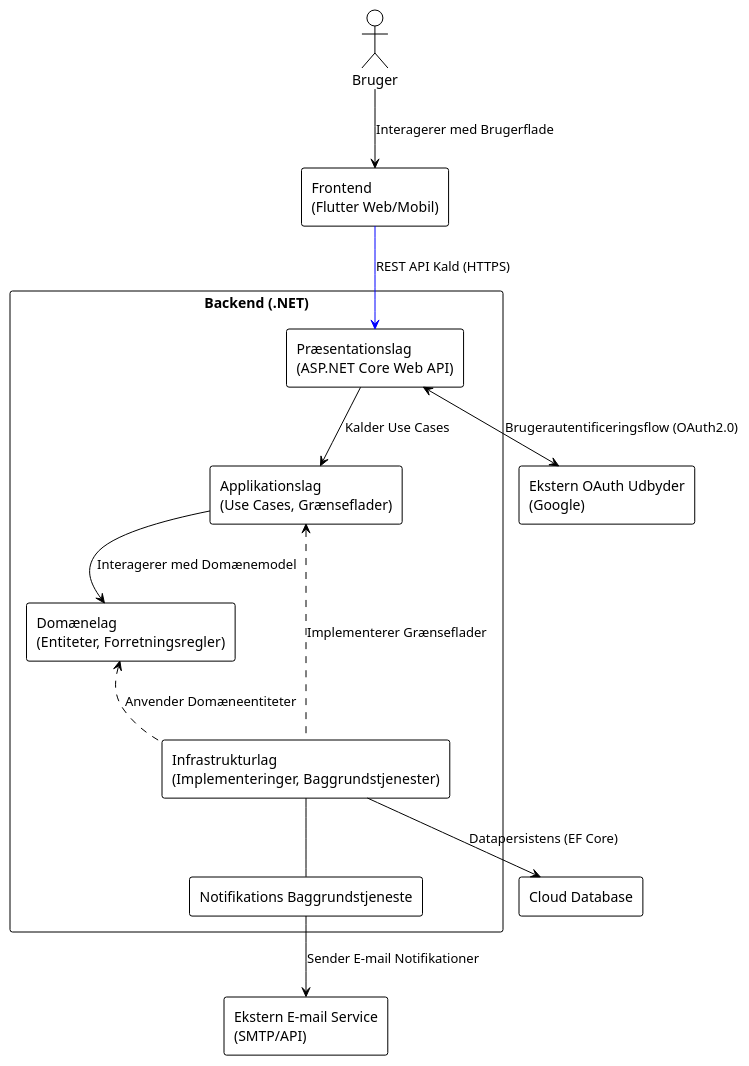
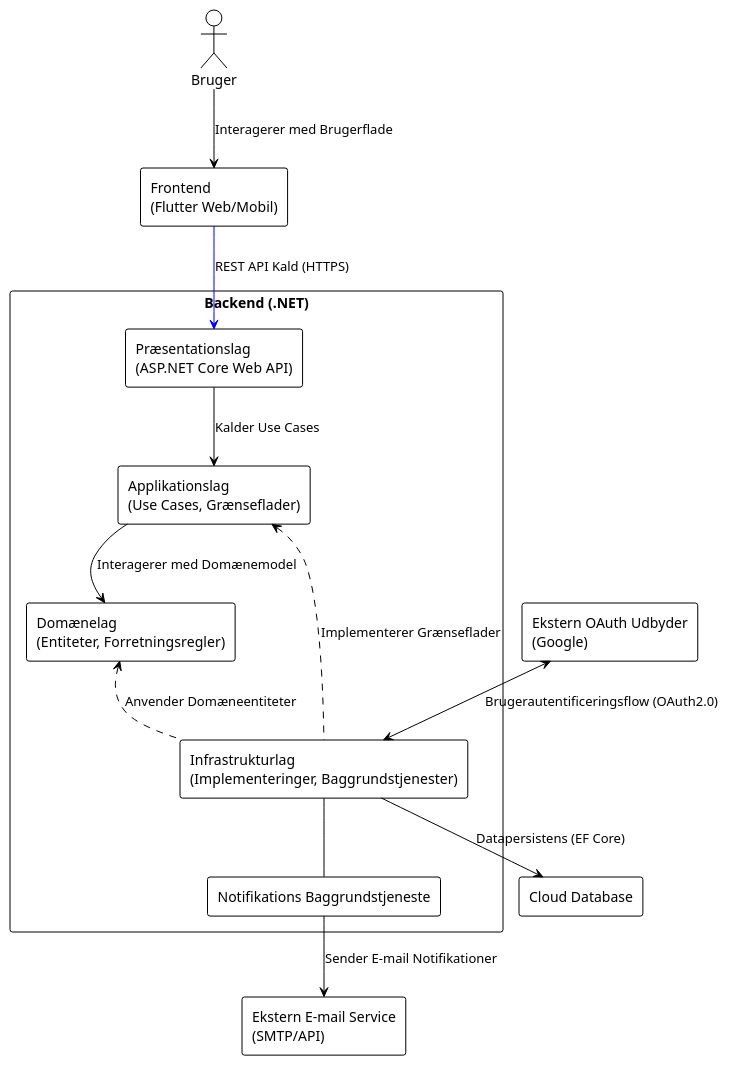
The diagram in Diagrams/SystemArchitecture.puml (Trygvemb/Overstay), drawn with PlantUML before and after one commit.

Commit message:
updated diagram

```diff
--- a/Diagrams/SystemArchitecture.puml
+++ b/Diagrams/SystemArchitecture.puml
@@ -1,38 +1,38 @@
 @startuml OverstayArkitektur
 !theme plain
 skinparam componentStyle rectangle
 skinparam packageStyle rectangle
 
 actor "Bruger" as Bruger
 
 RECTANGLE "Frontend\n(Flutter Web/Mobil)" as Frontend
 
 package "Backend (.NET)" {
   RECTANGLE "Præsentationslag\n(ASP.NET Core Web API)" as API
   RECTANGLE "Applikationslag\n(Use Cases, Grænseflader)" as Applikation
   RECTANGLE "Domænelag\n(Entiteter, Forretningsregler)" as Domæne
   RECTANGLE "Infrastrukturlag\n(Implementeringer, Baggrundstjenester)" as Infrastruktur
 
   API --> Applikation : Kalder Use Cases
   Applikation --> Domæne : Interagerer med Domænemodel
   Infrastruktur .up.> Applikation : Implementerer Grænseflader
   Infrastruktur .up.> Domæne : Anvender Domæneentiteter
 
   ' Eksplicit visning af baggrundstjeneste inden for Infrastruktur
   RECTANGLE "Notifikations Baggrundstjeneste" as Baggrundstjeneste
   Infrastruktur -- Baggrundstjeneste
 }
 
 RECTANGLE "Cloud Database" as Database
 RECTANGLE "Ekstern OAuth Udbyder\n(Google)" as OAuthUdbyder
 RECTANGLE "Ekstern E-mail Service\n(SMTP/API)" as EmailService
 
 Bruger --> Frontend : Interagerer med Brugerflade
 Frontend -[#0000FF]-> API : REST API Kald (HTTPS)
 
+OAuthUdbyder <--> Infrastruktur : Brugerautentificeringsflow (OAuth2.0)
 Infrastruktur --> Database : Datapersistens (EF Core)
 Baggrundstjeneste --> EmailService : Sender E-mail Notifikationer
 
-API <--> OAuthUdbyder : Brugerautentificeringsflow (OAuth2.0)
 
 @enduml
```
